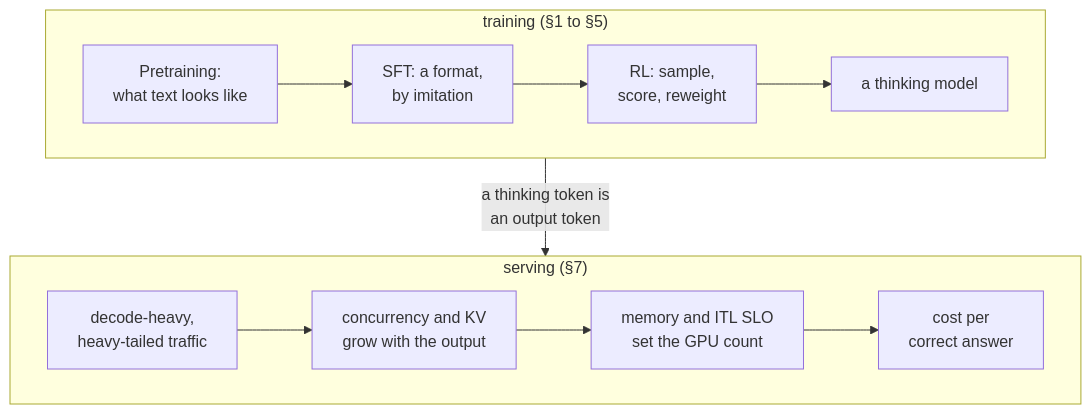
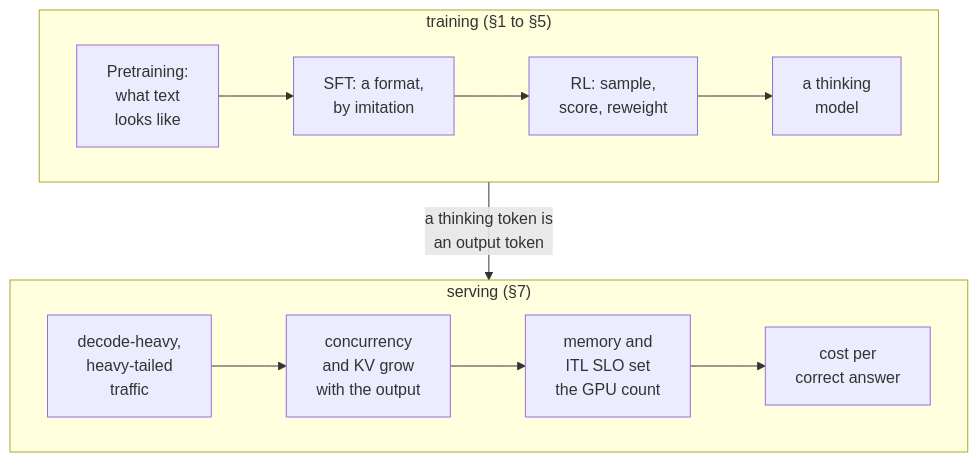
The first of 4 diagrams in 00-foundations/rl-and-thinking-models/PRIMER.md (aniryou/full-stack-agentic-engineer), drawn with Mermaid before and after one commit. The commit also changed other lines of this file and 211 other files, not shown here.

````diff
--- a/00-foundations/rl-and-thinking-models/PRIMER.md
+++ b/00-foundations/rl-and-thinking-models/PRIMER.md
@@ -59,16 +59,16 @@
 ```mermaid
 flowchart TB
   subgraph train ["training (§1 to §5)"]
     direction LR
-    P["Pretraining:<br/>what text looks like"] --> S["SFT: a format,<br/>by imitation"]
+    P["Pretraining:<br/>what text<br/>looks like"] --> S["SFT: a format,<br/>by imitation"]
     S --> R["RL: sample,<br/>score, reweight"]
-    R --> T["a thinking model"]
+    R --> T["a thinking<br/>model"]
   end
   subgraph serve ["serving (§7)"]
     direction LR
-    D["decode-heavy,<br/>heavy-tailed traffic"] --> C["concurrency and KV<br/>grow with the output"]
-    C --> G["memory and ITL SLO<br/>set the GPU count"]
+    D["decode-heavy,<br/>heavy-tailed<br/>traffic"] --> C["concurrency<br/>and KV grow<br/>with the output"]
+    C --> G["memory and<br/>ITL SLO set<br/>the GPU count"]
     G --> M["cost per<br/>correct answer"]
   end
   train -->|"a thinking token is<br/>an output token"| serve
 ```
````
